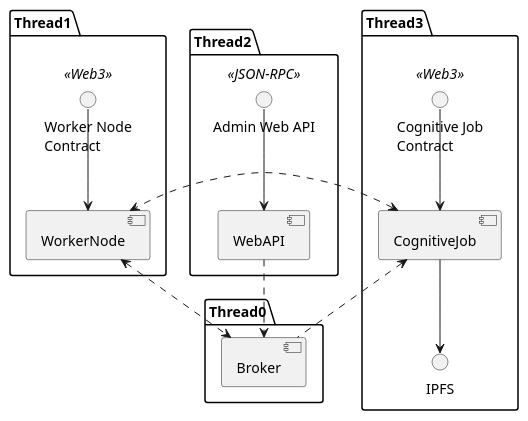
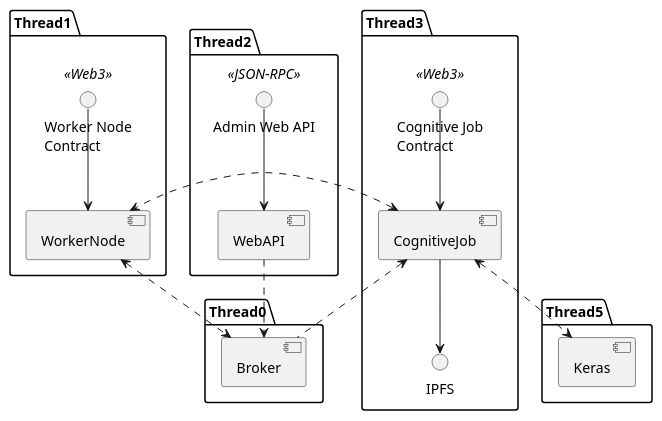
The diagram in docs/uml/components.puml (pandoraboxchain/pyrrha-pynode), drawn with PlantUML before and after one commit. The commit also changed 1 other file, not shown here.

```diff
--- a/docs/uml/components.puml
+++ b/docs/uml/components.puml
@@ -1,33 +1,38 @@
 @startuml
 skinparam componentStyle uml2
 
 package Thread1 {
     () "Worker Node\nContract" << Web3 >> as workerContract
     [WorkerNode]
     [WorkerNode] <-up- workerContract
 }
 
 package Thread2 {
     () "Admin Web API" << JSON-RPC >> as webAPI
     [WebAPI]
     [WebAPI] <-up- webAPI
 }
 
 package Thread3 {
     () "Cognitive Job\nContract" << Web3 >> as jobContract
     () IPFS
     [CognitiveJob]
     [CognitiveJob] <-up- jobContract
     [CognitiveJob] -down-> IPFS
 }
 
 package Thread0 {
     [Broker]
-    [Broker] <.up. [WebAPI]
-    [Broker] <.up.> [WorkerNode]
-    [Broker] .up.> [CognitiveJob]
 }
 
+package Thread5 {
+    [Keras]
+}
+
+[Broker] <.up. [WebAPI]
+[Broker] <.up.> [WorkerNode]
+[Broker] .up.> [CognitiveJob]
 [WorkerNode] <.left.> [CognitiveJob]
+[CognitiveJob] <..> [Keras]
 
 @enduml
```
